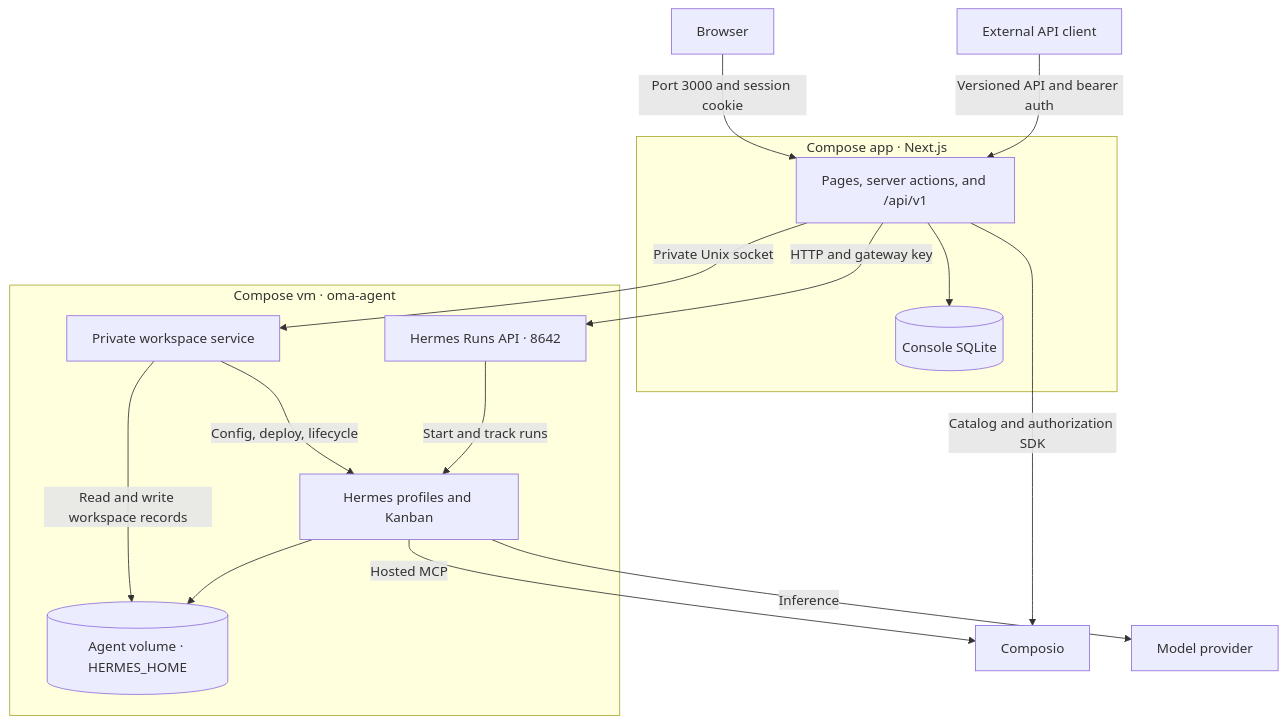
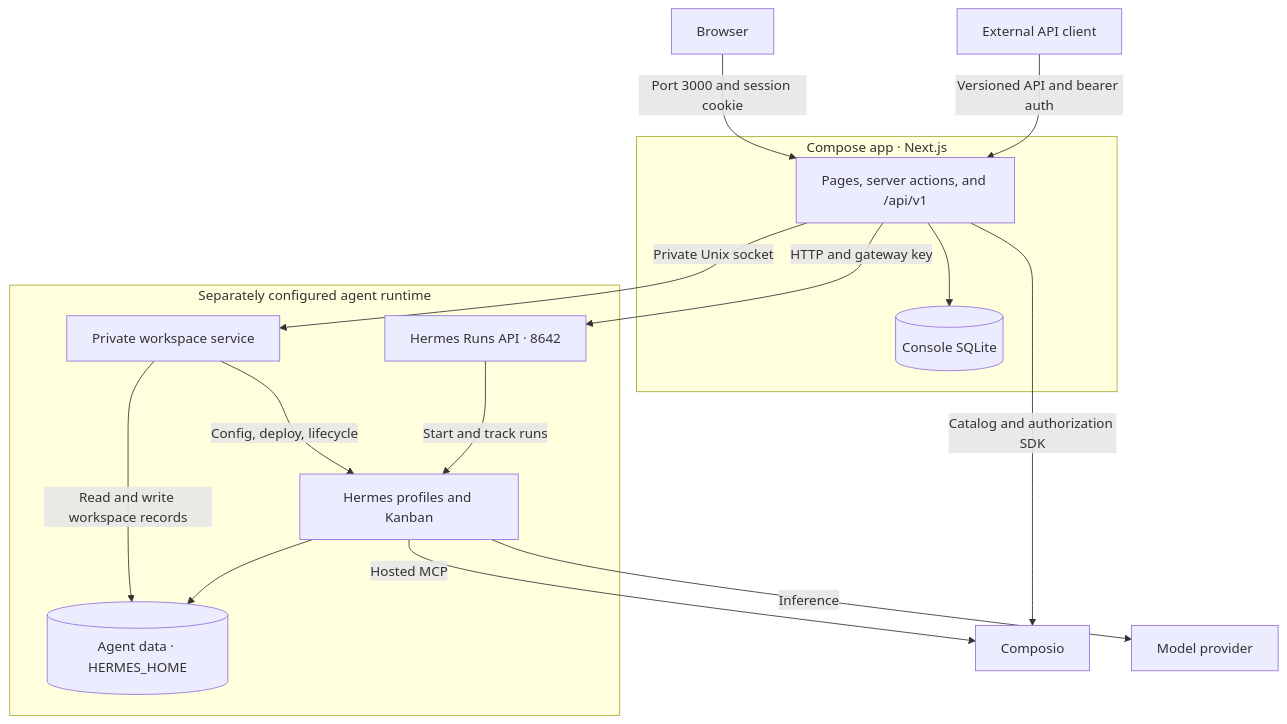
The first of 7 diagrams in docs/architecture.md (openmarketing-agency/openmarketing.agency), drawn with Mermaid before and after one commit. The commit also changed other lines of this file and 44 other files, not shown here.

First line of the commit message:
chore(runtime): remove the bundled OMA VM

````diff
--- a/docs/architecture.md
+++ b/docs/architecture.md
@@ -17,30 +17,30 @@
 ```mermaid
 flowchart TB
     Browser["Browser"]
     Client["External API client"]
 
     subgraph App["Compose app · Next.js"]
         Next["Pages, server actions, and /api/v1"]
         DB[("Console SQLite")]
         Next --> DB
     end
 
-    subgraph VM["Compose vm · oma-agent"]
+    subgraph Agent["Separately configured agent runtime"]
         WS["Private workspace service"]
         Runs["Hermes Runs API · 8642"]
         Runtime["Hermes profiles and Kanban"]
-        Data[("Agent volume · HERMES_HOME")]
+        Data[("Agent data · HERMES_HOME")]
         WS -->|"Config, deploy, lifecycle"| Runtime
         WS -->|"Read and write workspace records"| Data
         Runs -->|"Start and track runs"| Runtime
         Runtime --> Data
     end
 
     Browser -->|"Port 3000 and session cookie"| Next
     Client -->|"Versioned API and bearer auth"| Next
     Next -->|"Private Unix socket"| WS
     Next -->|"HTTP and gateway key"| Runs
     Next -->|"Catalog and authorization SDK"| Composio["Composio"]
     Runtime -->|"Hosted MCP"| Composio
     Runtime -->|"Inference"| Provider["Model provider"]
 ```
````
